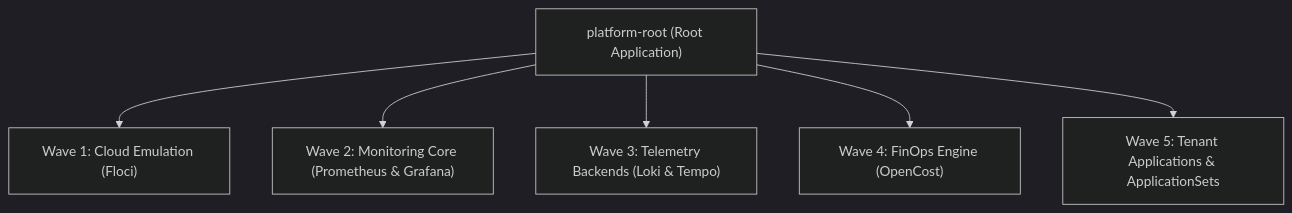
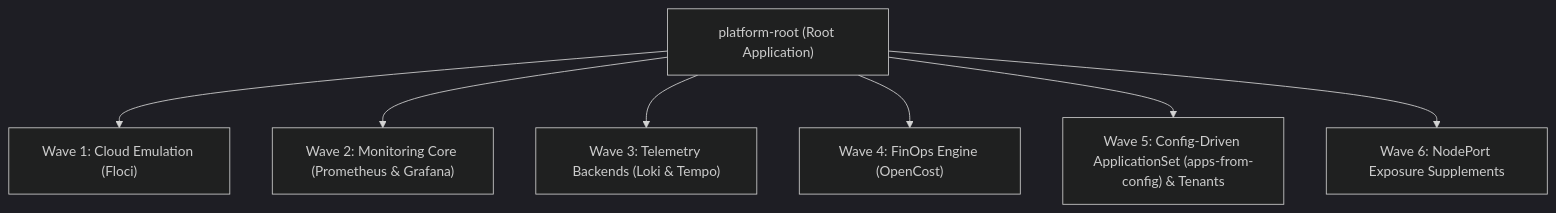
One commit to barbaria888/FrugalZeus changed the second of 4 diagrams in docs/docs/architecture.md. Above: the diagram before and after it, drawn with Mermaid (dark theme). The commit also changed other lines of this file and 10 other files, not shown here.

Commit message:
modular application config

````diff
--- a/docs/docs/architecture.md
+++ b/docs/docs/architecture.md
@@ -70,10 +81,11 @@
 ```mermaid
 flowchart TD
     Root["platform-root (Root Application)"]
     
     Root --> Wave1["Wave 1: Cloud Emulation (Floci)"]
     Root --> Wave2["Wave 2: Monitoring Core (Prometheus & Grafana)"]
     Root --> Wave3["Wave 3: Telemetry Backends (Loki & Tempo)"]
     Root --> Wave4["Wave 4: FinOps Engine (OpenCost)"]
-    Root --> Wave5["Wave 5: Tenant Applications & ApplicationSets"]
+    Root --> Wave5["Wave 5: Config-Driven ApplicationSet (apps-from-config) & Tenants"]
+    Root --> Wave6["Wave 6: NodePort Exposure Supplements"]
 ```
````
